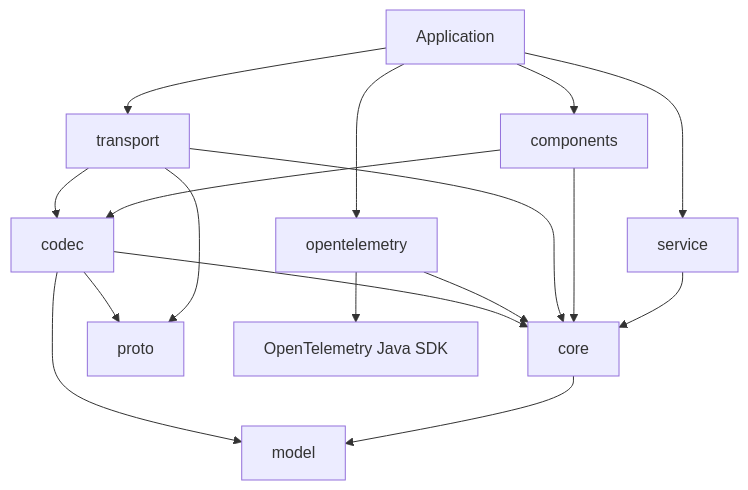
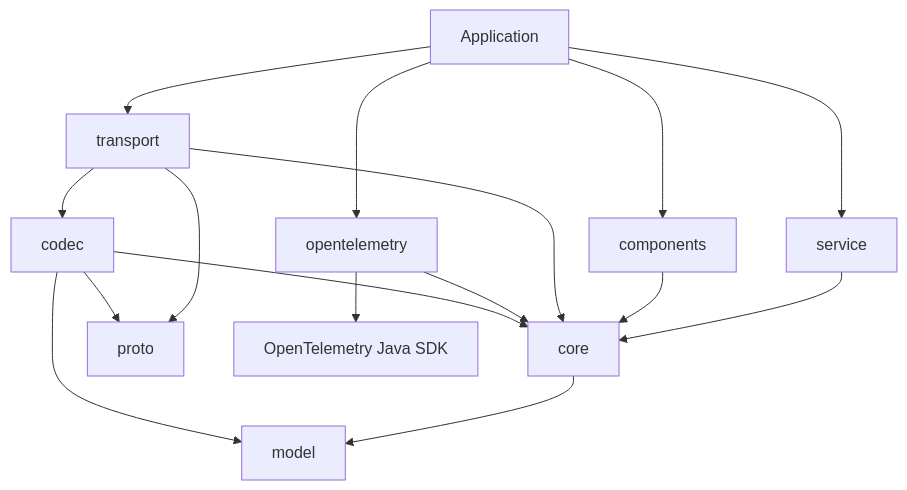
One commit to thiagogcm/otlp4j changed the diagram in docs/architecture.md. Above: the diagram before and after it, drawn with Mermaid. The commit also changed other lines of this file and 24 other files, not shown here.

````diff
--- a/docs/architecture.md
+++ b/docs/architecture.md
@@ -29,19 +29,18 @@
 ```mermaid
 flowchart TD
     Application --> Service[service]
     Application --> Components[components]
     Application --> Transport[transport]
     Application --> Bridge[opentelemetry]
     Service --> Core[core]
     Components --> Core
-    Components --> Codec[codec]
     Transport --> Core
-    Transport --> Codec
+    Transport --> Codec[codec]
     Transport --> Proto[proto]
     Bridge --> Core
     Bridge --> SDK[OpenTelemetry Java SDK]
     Codec --> Core
     Codec --> Proto
     Core --> Model[model]
     Codec --> Model
 ```
````
